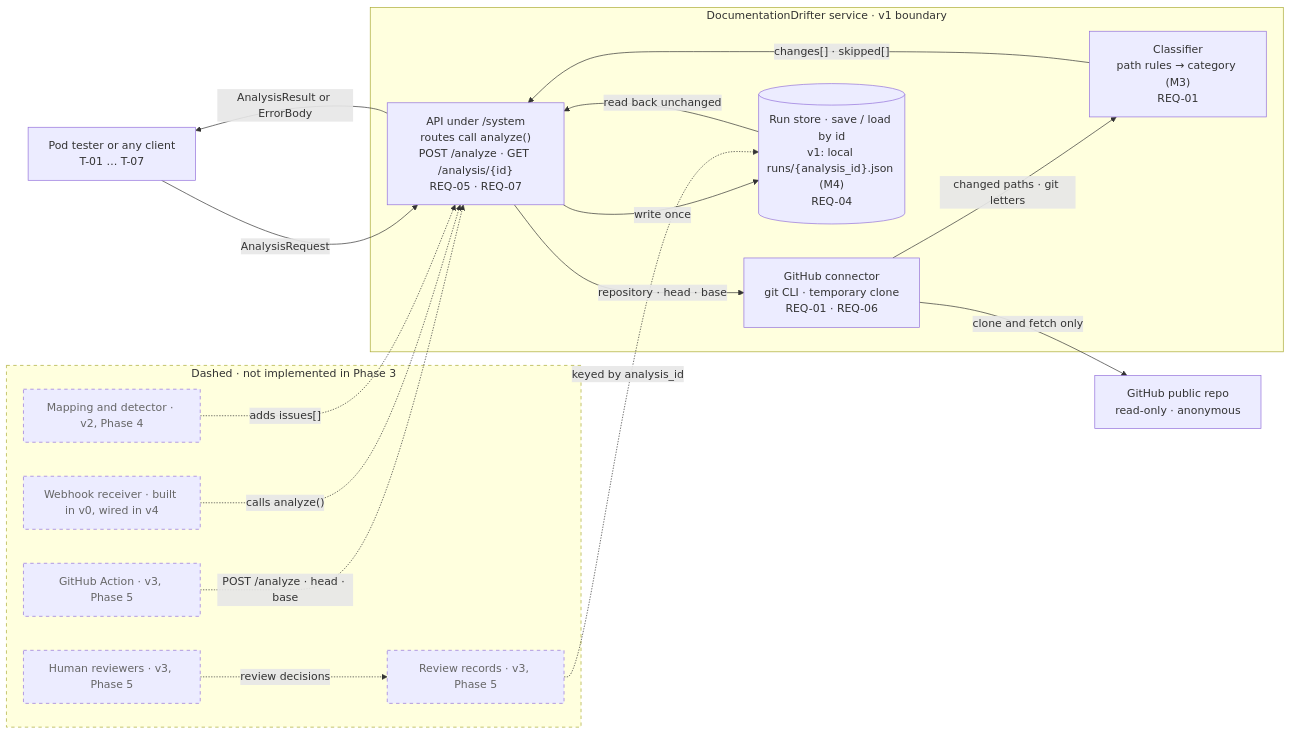
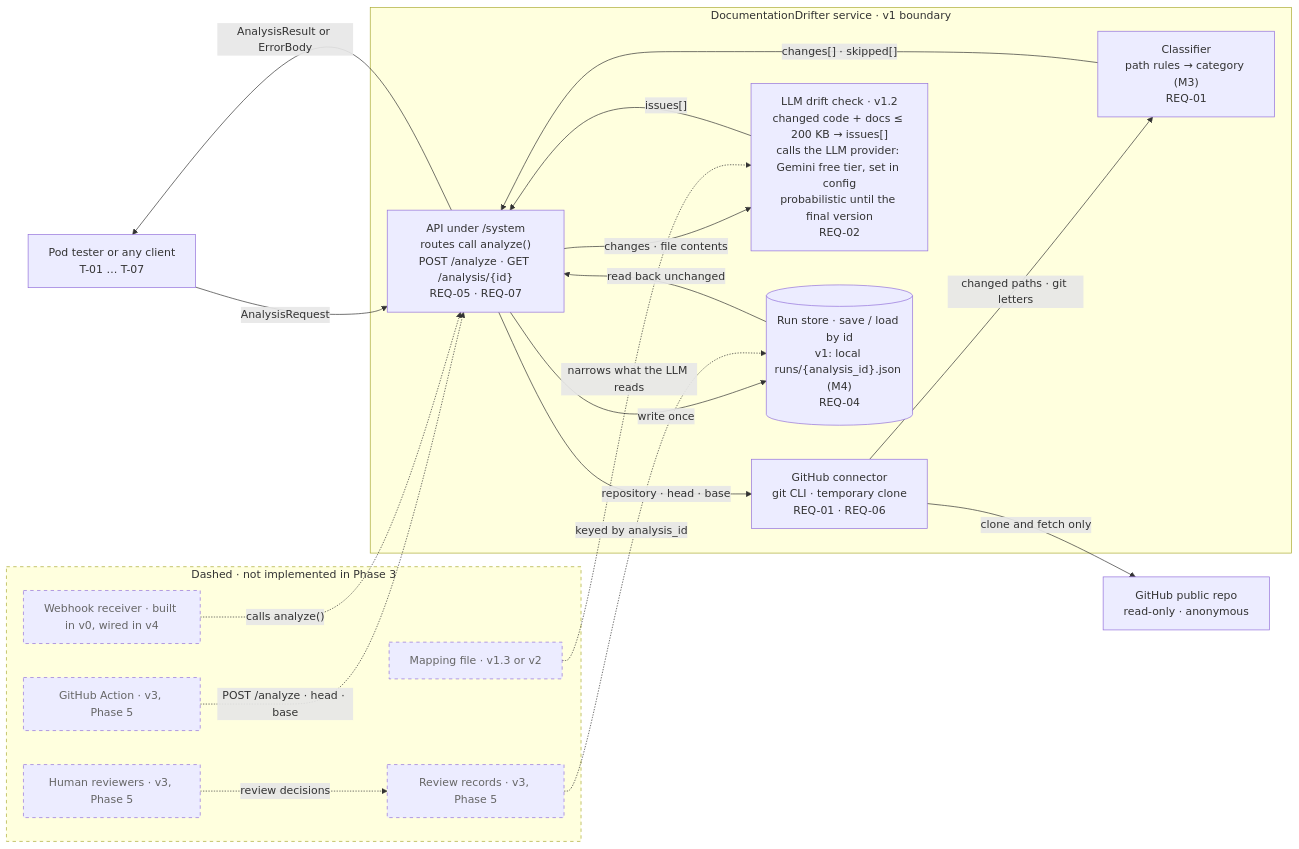
Before and after one commit to BarshanB/DocumentationDrifter: the diagram in Models/v1/M1-context.md, drawn with Mermaid. The commit also changed other lines of this file and 15 other files, not shown here.

First line of the commit message:
Align docs and diagrams with the 2026-10-17 decisions

````diff
--- a/Models/v1/M1-context.md
+++ b/Models/v1/M1-context.md
@@ -5,43 +5,46 @@
 ```mermaid
 flowchart LR
   accTitle: M1 v1 context and data flow
-  accDescr: A client sends an AnalysisRequest to the v1 API, whose routes call analyze(). It asks the GitHub connector to clone the public repo read-only, the classifier turns changed paths into changes and skipped lists, and one run file is saved through the run store and returned. Dashed parts are not implemented in Phase 3: the GitHub Action and the webhook reach analyze() as later callers, and review decisions go to separate review records.
+  accDescr: A client sends an AnalysisRequest to the v1 API, whose routes call analyze(). It asks the GitHub connector to clone the public repo read-only, the classifier turns changed paths into changes and skipped lists, and from v1.2 an LLM drift check sends the changed code and the doc files to an external LLM provider and fills issues. One run file is saved through the run store and returned. Dashed parts are not implemented in Phase 3: the GitHub Action and the webhook reach analyze() as later callers, the mapping file arrives in v1.3 or v2, and review decisions go to separate review records.
 
   Client["Pod tester or any client<br/>T-01 … T-07"]
 
   subgraph V1["DocumentationDrifter service · v1 boundary"]
     API["API under /system<br/>routes call analyze()<br/>POST /analyze · GET /analysis/{id}<br/>REQ-05 · REQ-07"]
     CONN["GitHub connector<br/>git CLI · temporary clone<br/>REQ-01 · REQ-06"]
     CLS["Classifier<br/>path rules → category (M3)<br/>REQ-01"]
+    LLM["LLM drift check · v1.2<br/>changed code + docs ≤ 200 KB → issues[]<br/>calls the LLM provider: Gemini free tier, set in config<br/>probabilistic until the final version<br/>REQ-02"]
     STORE[("Run store · save / load by id<br/>v1: local runs/{analysis_id}.json (M4)<br/>REQ-04")]
   end
 
   GH["GitHub public repo<br/>read-only · anonymous"]
 
   Client -->|"AnalysisRequest"| API
   API -->|"AnalysisResult or ErrorBody"| Client
   API -->|"repository · head · base"| CONN
   CONN -->|"clone and fetch only"| GH
   CONN -->|"changed paths · git letters"| CLS
   CLS -->|"changes[] · skipped[]"| API
+  API -->|"changes · file contents"| LLM
+  LLM -->|"issues[]"| API
   API -->|"write once"| STORE
   STORE -->|"read back unchanged"| API
 
   subgraph LATER["Dashed · not implemented in Phase 3"]
     ACT["GitHub Action · v3, Phase 5"]
     HOOK["Webhook receiver · built in v0, wired in v4"]
-    DET["Mapping and detector · v2, Phase 4"]
+    DET["Mapping file · v1.3 or v2"]
     REV["Human reviewers · v3, Phase 5"]
     REVREC["Review records · v3, Phase 5"]
   end
 
   ACT -.->|"POST /analyze · head · base"| API
   HOOK -.->|"calls analyze()"| API
-  DET -.->|"adds issues[]"| API
+  DET -.->|"narrows what the LLM reads"| LLM
   REV -.->|"review decisions"| REVREC
   REVREC -.->|"keyed by analysis_id"| STORE
 
   classDef later stroke-dasharray: 5 5,color:#666
   class ACT,HOOK,DET,REV,REVREC later
   style LATER stroke-dasharray: 5 5
 ```
````
